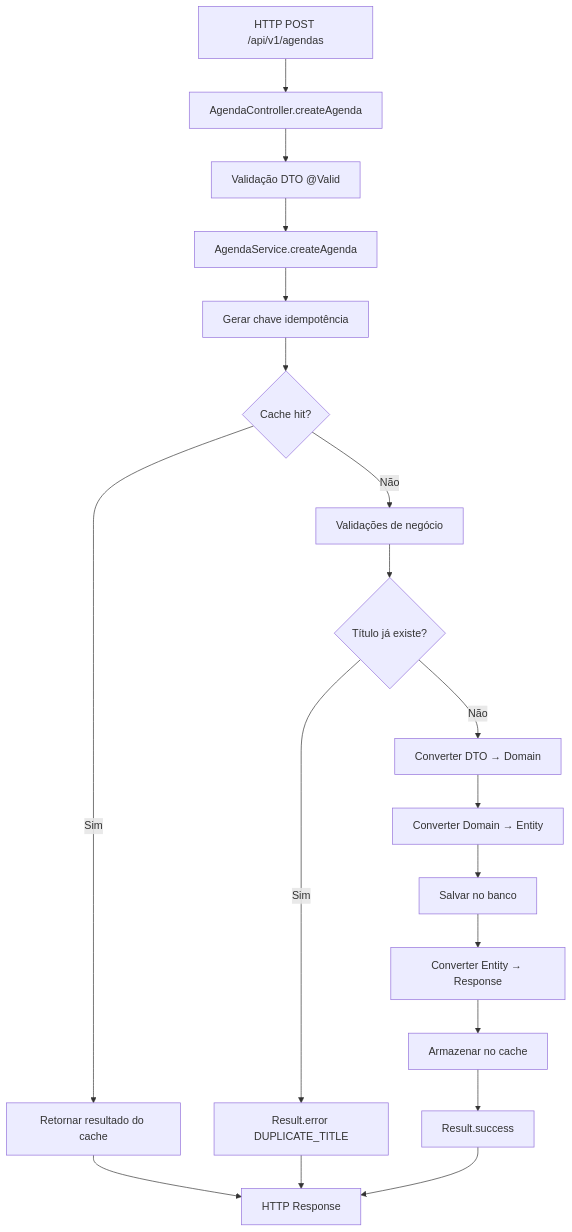
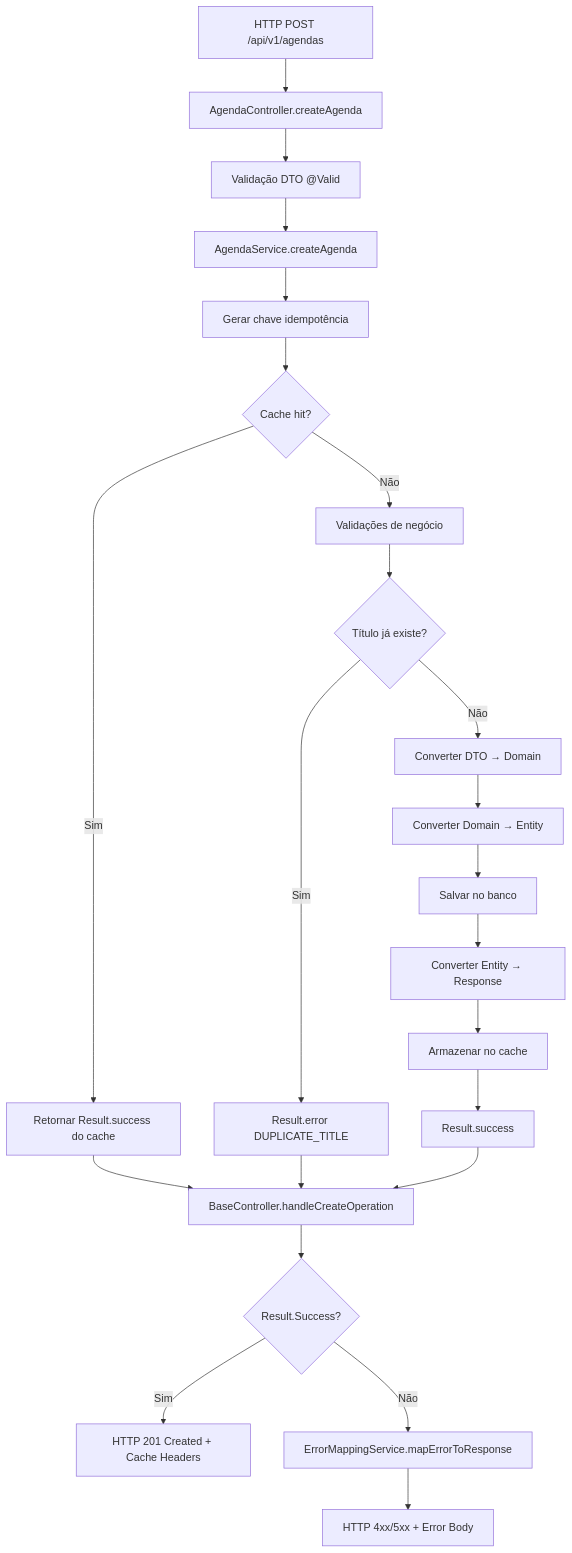
One commit to Mizerski/desafio-votacao-fullstack changed the first of 3 diagrams in backend-java/README.md. Above: the diagram before and after it, drawn with Mermaid. The commit also changed other lines of this file and 4 other files, not shown here.

````diff
--- a/backend-java/README.md
+++ b/backend-java/README.md
@@ -265,21 +621,25 @@
 ```mermaid
 graph TD
     A[HTTP POST /api/v1/agendas] --> B[AgendaController.createAgenda]
     B --> C[Validação DTO @Valid]
     C --> D[AgendaService.createAgenda]
     D --> E[Gerar chave idempotência]
     E --> F{Cache hit?}
-    F -->|Sim| G[Retornar resultado do cache]
+    F -->|Sim| G[Retornar Result.success do cache]
     F -->|Não| H[Validações de negócio]
     H --> I{Título já existe?}
     I -->|Sim| J[Result.error DUPLICATE_TITLE]
     I -->|Não| K[Converter DTO → Domain]
     K --> L[Converter Domain → Entity]
     L --> M[Salvar no banco]
     M --> N[Converter Entity → Response]
     N --> O[Armazenar no cache]
     O --> P[Result.success]
-    G --> Q[HTTP Response]
+    G --> Q[BaseController.handleCreateOperation]
     J --> Q
     P --> Q
+    Q --> R{Result.Success?}
+    R -->|Sim| S[HTTP 201 Created + Cache Headers]
+    R -->|Não| T[ErrorMappingService.mapErrorToResponse]
+    T --> U[HTTP 4xx/5xx + Error Body]
 ```
````
